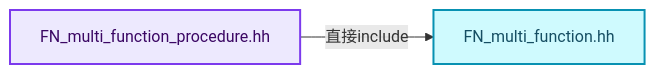
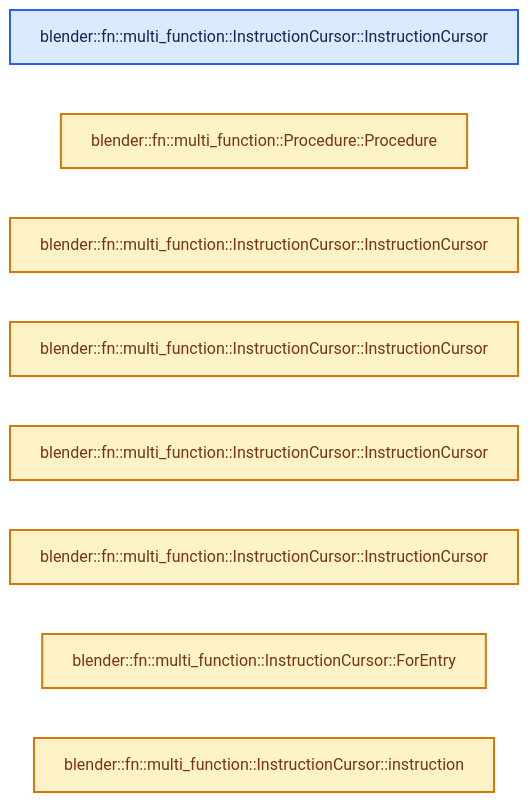
The second of 4 diagrams in 杂/markdown/全面学习-codex/07-MultiFunction与批量执行/07-Procedure指令与控制流.md (yunkezengren/blender-.vscode), drawn with Mermaid before and after one commit. The commit also changed other lines of this file and 1930 other files, not shown here.

````diff
--- a/杂/markdown/全面学习-codex/07-MultiFunction与批量执行/07-Procedure指令与控制流.md
+++ b/杂/markdown/全面学习-codex/07-MultiFunction与批量执行/07-Procedure指令与控制流.md
@@ -86,12 +46,17 @@
 ```mermaid
 flowchart LR
-  S["FN_multi_function_procedure.hh"]:::abstraction
-  I0["FN_multi_function.hh"]:::data
-  S -->|"直接include"| I0
+  F0["blender::fn::multi_function::InstructionCursor::InstructionCursor"]:::input
+  F1["blender::fn::multi_function::Procedure::Procedure"]:::compute
+  F2["blender::fn::multi_function::InstructionCursor::InstructionCursor"]:::compute
+  F3["blender::fn::multi_function::InstructionCursor::InstructionCursor"]:::compute
+  F4["blender::fn::multi_function::InstructionCursor::InstructionCursor"]:::compute
+  F5["blender::fn::multi_function::InstructionCursor::InstructionCursor"]:::compute
+  F6["blender::fn::multi_function::InstructionCursor::ForEntry"]:::compute
+  F7["blender::fn::multi_function::InstructionCursor::instruction"]:::compute
   classDef input fill:#DBEAFE,stroke:#2563EB,color:#172554,stroke-width:2px;
   classDef data fill:#CFFAFE,stroke:#0891B2,color:#164E63,stroke-width:2px;
   classDef abstraction fill:#EDE9FE,stroke:#7C3AED,color:#3B0764,stroke-width:2px;
   classDef compute fill:#FEF3C7,stroke:#D97706,color:#78350F,stroke-width:2px;
   classDef result fill:#DCFCE7,stroke:#16A34A,color:#14532D,stroke-width:2px;
   classDef error fill:#FEE2E2,stroke:#DC2626,color:#7F1D1D,stroke-width:2px;
 ```
````
